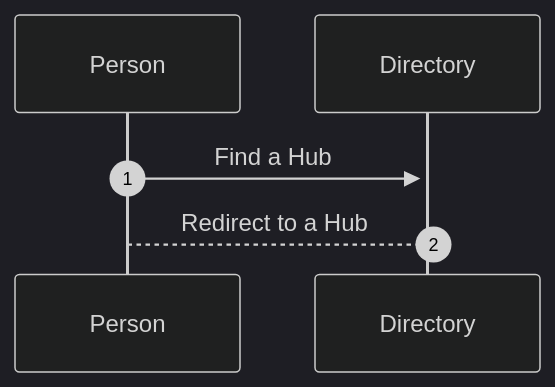
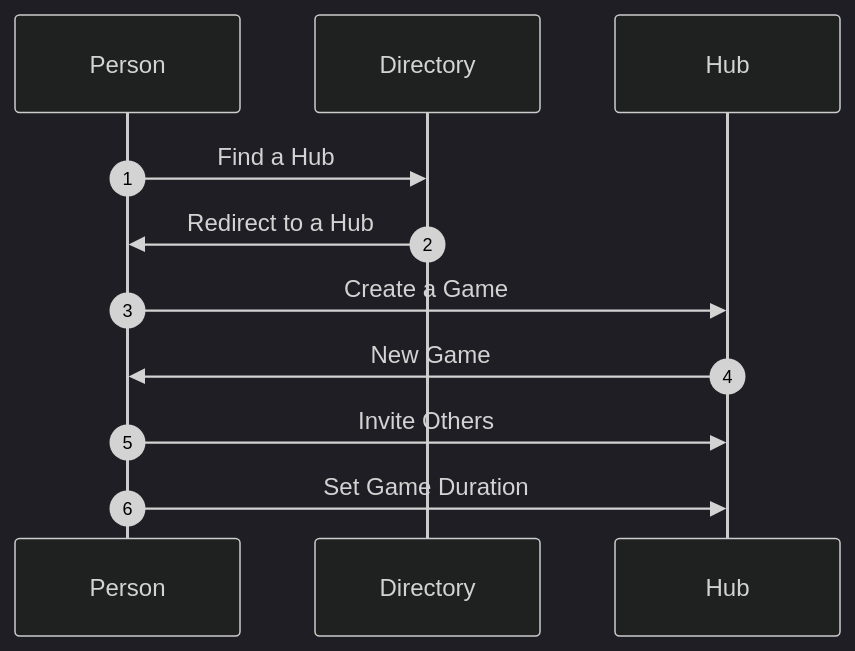
Before and after one commit to czrpb/Mentoring: the diagram in topics/documentation/drps/docs/README.md, drawn with Mermaid (dark theme).

````diff
--- a/topics/documentation/drps/docs/README.md
+++ b/topics/documentation/drps/docs/README.md
@@ -112,6 +112,12 @@
 ```mermaid
 sequenceDiagram
   autonumber
-  Person->>+Directory: Find a Hub
-  Directory-->Person: Redirect to a Hub
+  Person->>Directory: Find a Hub
+  Directory->>Person: Redirect to a Hub
+
+  Person->>Hub: Create a Game
+  Hub->>Person: New Game
+
+  Person->>Hub: Invite Others
+  Person->>Hub: Set Game Duration
 ```
````
